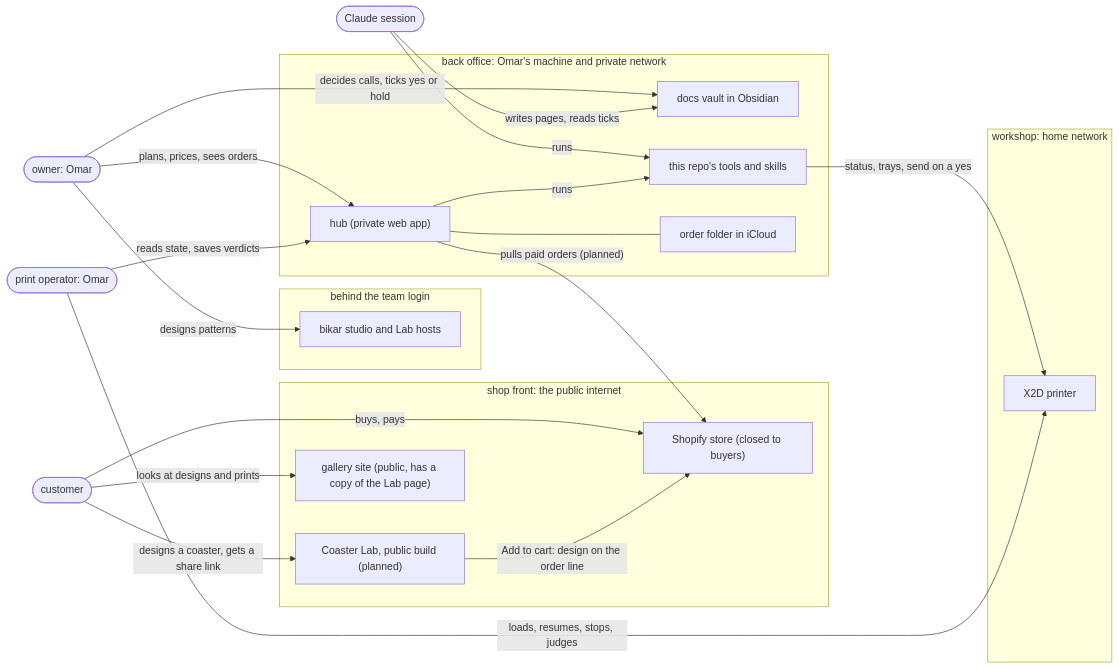
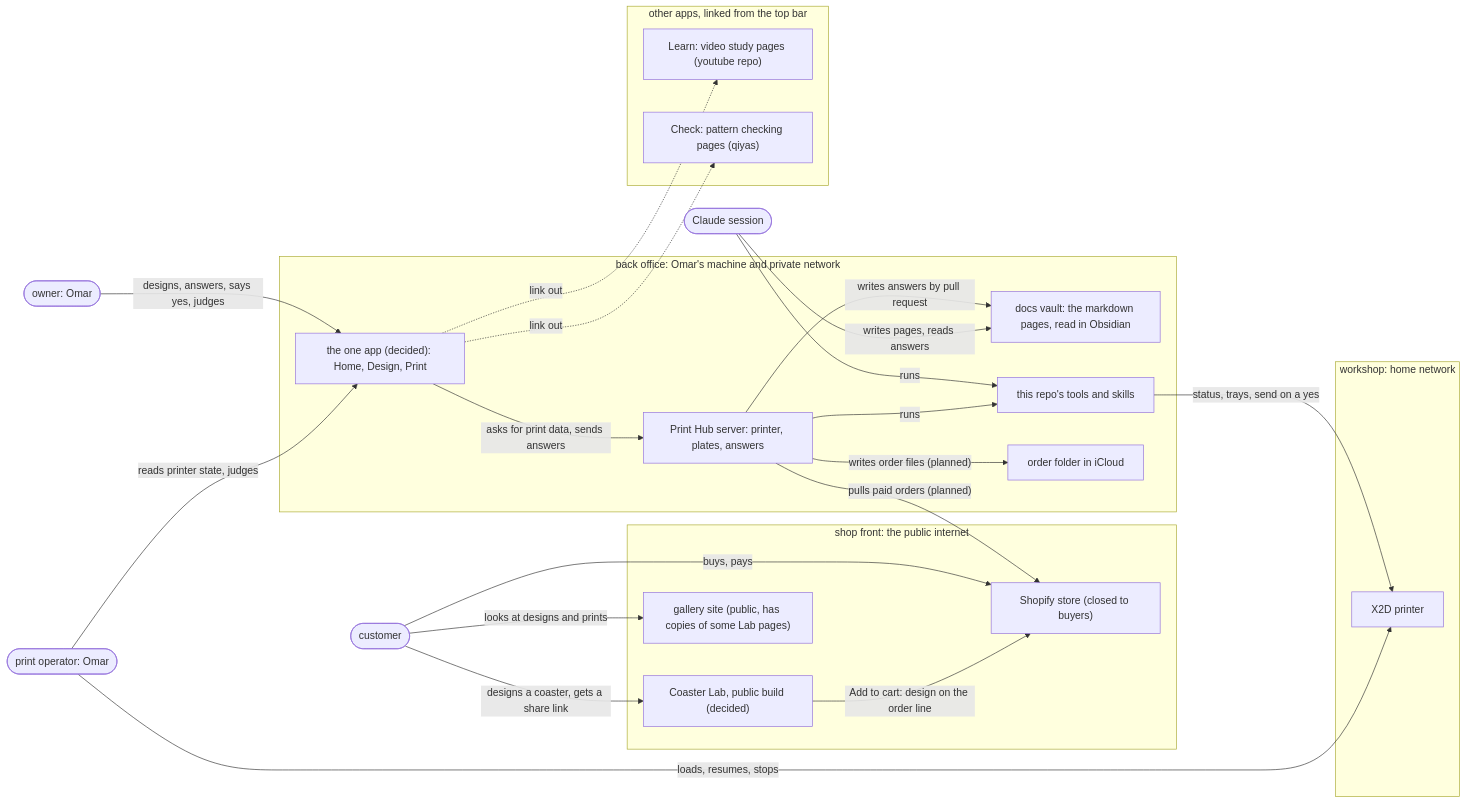
Before and after one commit to omars-lab/3d-models: the first of 11 diagrams in docs/design/process/users-and-surfaces-design.md, drawn with Mermaid. The commit also changed other lines of this file and 7 other files, not shown here.

First line of the commit message:
Design: one app for designing patterns and printing them (D-130) (#1019)

````diff
--- a/docs/design/process/users-and-surfaces-design.md
+++ b/docs/design/process/users-and-surfaces-design.md
@@ -111,41 +180,45 @@
 ```mermaid
 flowchart LR
   customer(["customer"])
   owner(["owner: Omar"])
   operator(["print operator: Omar"])
   claude(["Claude session"])
 
   subgraph front["shop front: the public internet"]
     store["Shopify store (closed to buyers)"]
-    labpub["Coaster Lab, public build (planned)"]
-    gallery["gallery site (public, has a copy of the Lab page)"]
-  end
-  subgraph gated["behind the team login"]
-    studio["bikar studio and Lab hosts"]
+    labpub["Coaster Lab, public build (decided)"]
+    gallery["gallery site (public, has copies of some Lab pages)"]
   end
   subgraph office["back office: Omar's machine and private network"]
-    hub["hub (private web app)"]
-    vault["docs vault in Obsidian"]
+    app["the one app (decided): Home, Design, Print"]
+    server["Print Hub server: printer, plates, answers"]
+    vault["docs vault: the markdown pages, read in Obsidian"]
     tools["this repo's tools and skills"]
     icloud["order folder in iCloud"]
+  end
+  subgraph outside["other apps, linked from the top bar"]
+    learn["Learn: video study pages (youtube repo)"]
+    check["Check: pattern checking pages (qiyas)"]
   end
   subgraph shop["workshop: home network"]
     printer["X2D printer"]
   end
 
   customer -->|"designs a coaster, gets a share link"| labpub
   customer -->|"looks at designs and prints"| gallery
   customer -->|"buys, pays"| store
   labpub -->|"Add to cart: design on the order line"| store
-  hub -->|"pulls paid orders (planned)"| store
-  owner -->|"plans, prices, sees orders"| hub
-  owner -->|"decides calls, ticks yes or hold"| vault
-  owner -->|"designs patterns"| studio
-  hub --- icloud
-  claude -->|"writes pages, reads ticks"| vault
+  server -->|"pulls paid orders (planned)"| store
+  owner -->|"designs, answers, says yes, judges"| app
+  operator -->|"reads printer state, judges"| app
+  app -->|"asks for print data, sends answers"| server
+  app -.->|"link out"| learn
+  app -.->|"link out"| check
+  server -->|"writes answers by pull request"| vault
+  server -->|"writes order files (planned)"| icloud
+  claude -->|"writes pages, reads answers"| vault
   claude -->|"runs"| tools
-  hub -->|"runs"| tools
+  server -->|"runs"| tools
   tools -->|"status, trays, send on a yes"| printer
-  operator -->|"loads, resumes, stops, judges"| printer
-  operator -->|"reads state, saves verdicts"| hub
+  operator -->|"loads, resumes, stops"| printer
 ```
````
